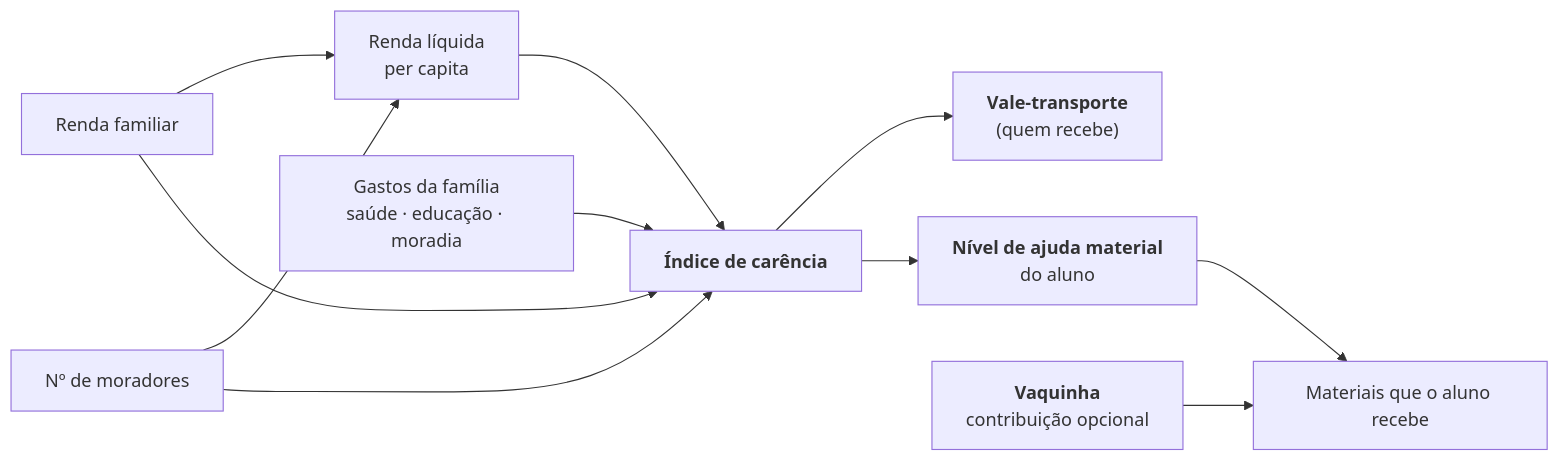
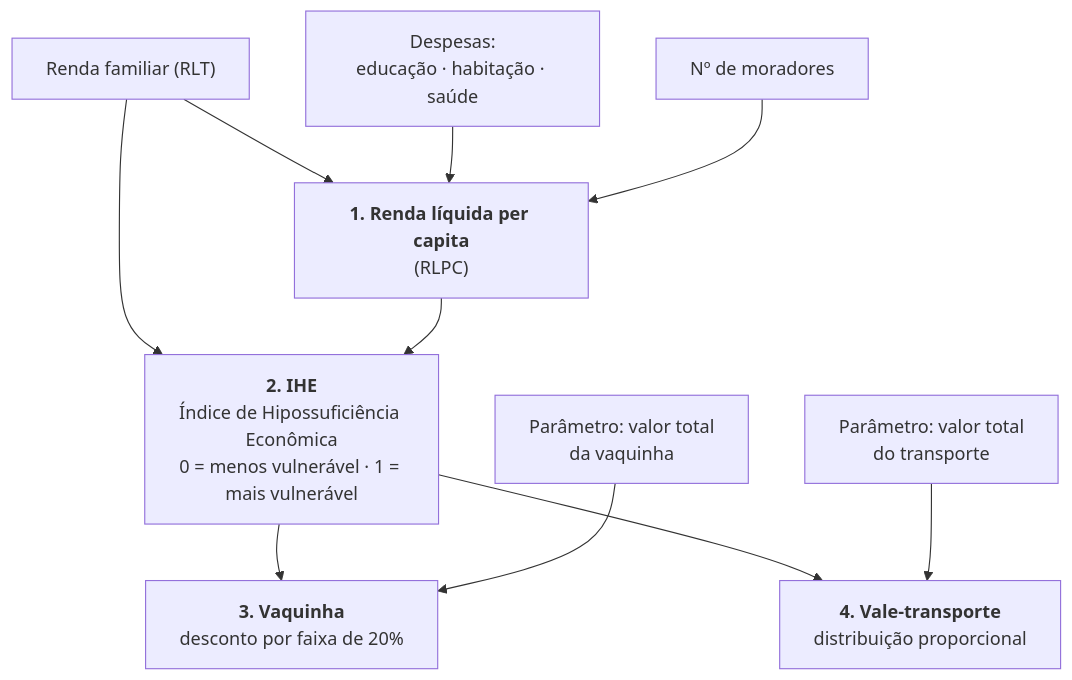
One commit to projeto-resgate/projetoresgate-api changed the diagram in docs/negocio/beneficios-e-calculos.md. Above: the diagram before and after it, drawn with Mermaid. The commit also changed other lines of this file and 22 other files, not shown here.

````diff
--- a/docs/negocio/beneficios-e-calculos.md
+++ b/docs/negocio/beneficios-e-calculos.md
@@ -9,13 +12,12 @@
 ```mermaid
-flowchart LR
-    R["Renda familiar"] --> PC["Renda líquida<br/>per capita"]
-    M["Nº de moradores"] --> PC
-    PC --> IC
-    G["Gastos da família<br/>saúde · educação · moradia"] --> IC["<b>Índice de carência</b>"]
-    M --> IC
-    R --> IC
-    IC --> VT["<b>Vale-transporte</b><br/>(quem recebe)"]
-    IC --> BEN["<b>Nível de ajuda material</b><br/>do aluno"]
-    V["<b>Vaquinha</b><br/>contribuição opcional"] --> MAT["Materiais que o aluno recebe"]
-    BEN --> MAT
+flowchart TD
+    R["Renda familiar (RLT)"] --> RLPC
+    D["Despesas:<br/>educação · habitação · saúde"] --> RLPC["<b>1. Renda líquida per capita</b><br/>(RLPC)"]
+    M["Nº de moradores"] --> RLPC
+    R --> IHE
+    RLPC --> IHE["<b>2. IHE</b><br/>Índice de Hipossuficiência Econômica<br/>0 = menos vulnerável · 1 = mais vulnerável"]
+    IHE --> VQ["<b>3. Vaquinha</b><br/>desconto por faixa de 20%"]
+    IHE --> VT["<b>4. Vale-transporte</b><br/>distribuição proporcional"]
+    P1["Parâmetro: valor total<br/>da vaquinha"] --> VQ
+    P2["Parâmetro: valor total<br/>do transporte"] --> VT
 ```
````
